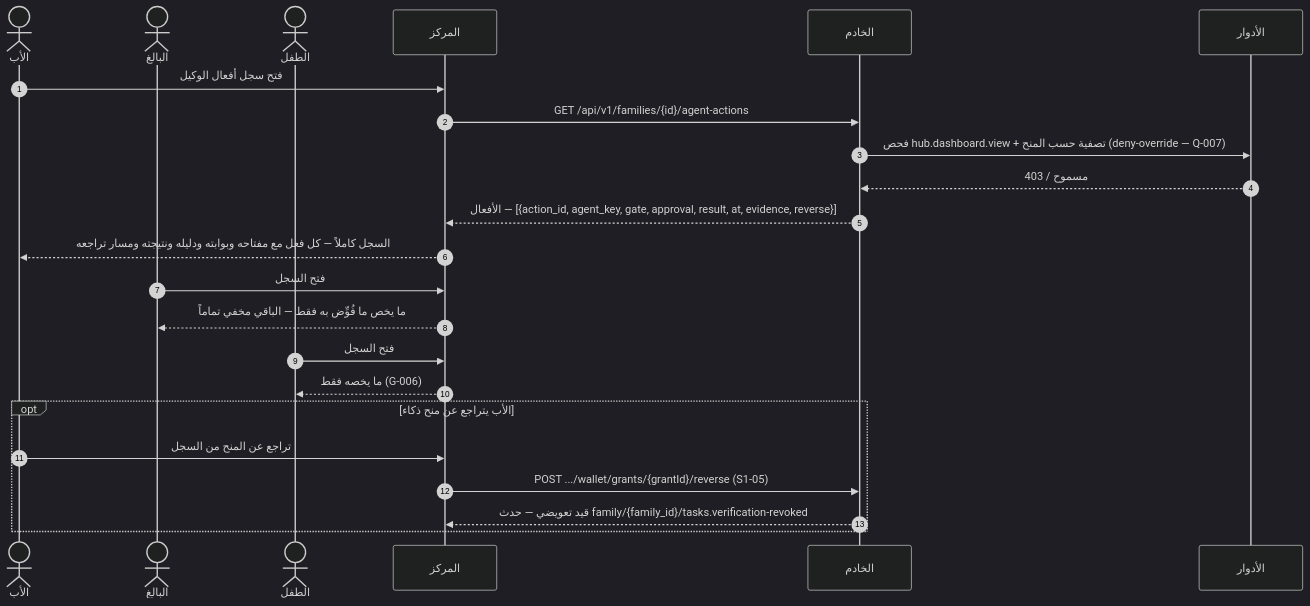
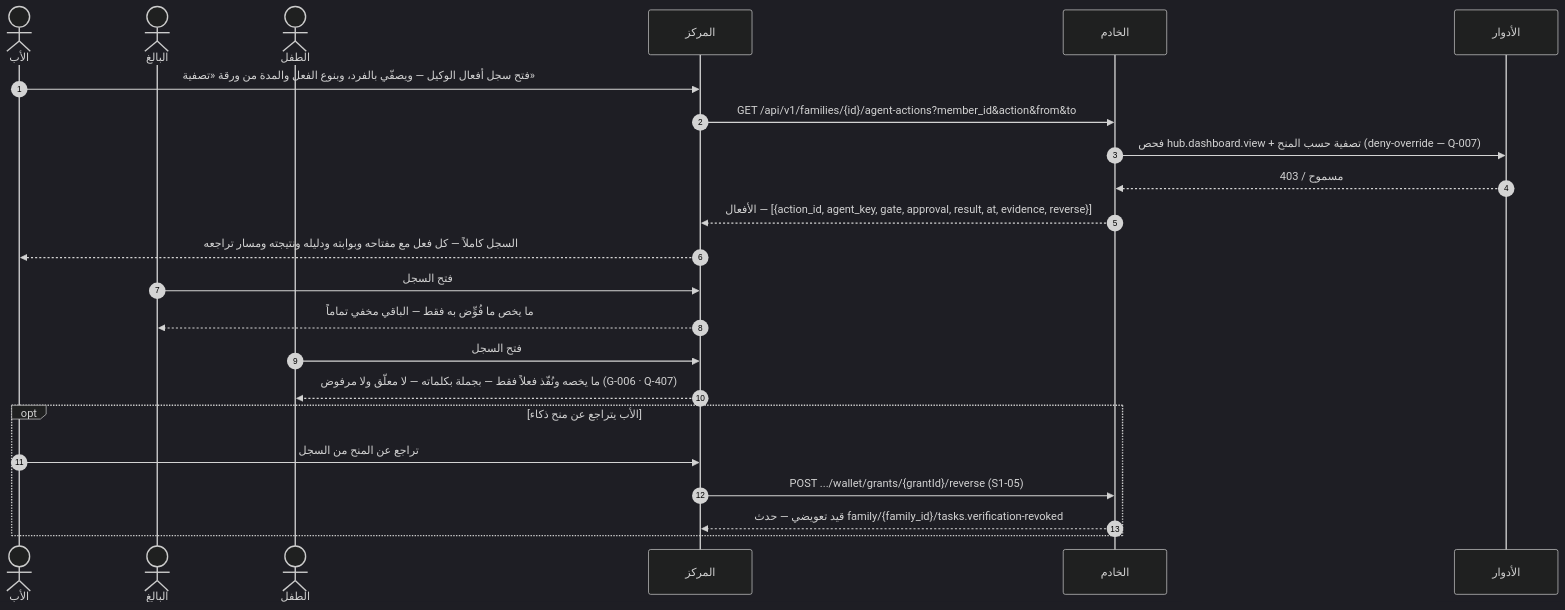
One commit to Bassam-mohammed-alqaeadi/family-os-v2 changed the ninth of 15 diagrams in docs/family-os/governance/phases/phase-1/S1-09-command-center-and-settings/DIAGRAMS.md. Above: the diagram before and after it, drawn with Mermaid (dark theme). The commit also changed other lines of this file and 22 other files, not shown here.

First line of the commit message:
docs(phase-1): redraw diagrams of the ten systems on the approved design (Q-428)

````diff
--- a/docs/family-os/governance/phases/phase-1/S1-09-command-center-and-settings/DIAGRAMS.md
+++ b/docs/family-os/governance/phases/phase-1/S1-09-command-center-and-settings/DIAGRAMS.md
@@ -362,25 +375,25 @@
 ```mermaid
 sequenceDiagram
     autonumber
     actor Father as الأب
     actor Adult as البالغ
     actor Child as الطفل
     participant Hub as المركز
     participant Ktor as الخادم
     participant S103 as الأدوار
-    Father->>Hub: فتح سجل أفعال الوكيل
-    Hub->>Ktor: GET /api/v1/families/{id}/agent-actions
+    Father->>Hub: فتح سجل أفعال الوكيل — ويصفّي بالفرد، وبنوع الفعل والمدة من ورقة «تصفية»
+    Hub->>Ktor: GET /api/v1/families/{id}/agent-actions?member_id&action&from&to
     Ktor->>S103: فحص hub.dashboard.view + تصفية حسب المنح (deny-override — Q-007)
     S103-->>Ktor: مسموح / 403
     Ktor-->>Hub: الأفعال — [{action_id, agent_key, gate, approval, result, at, evidence, reverse}]
     Hub-->>Father: السجل كاملاً — كل فعل مع مفتاحه وبوابته ودليله ونتيجته ومسار تراجعه
     Adult->>Hub: فتح السجل
     Hub-->>Adult: ما يخص ما فُوِّض به فقط — الباقي مخفي تماماً
     Child->>Hub: فتح السجل
-    Hub-->>Child: ما يخصه فقط (G-006)
+    Hub-->>Child: ما يخصه ونُفّذ فعلاً فقط — بجملة بكلماته — لا معلّق ولا مرفوض (G-006 · Q-407)
     opt الأب يتراجع عن منح ذكاء
         Father->>Hub: تراجع عن المنح من السجل
         Hub->>Ktor: POST .../wallet/grants/{grantId}/reverse (S1-05)
         Ktor-->>Hub: قيد تعويضي — حدث family/{family_id}/tasks.verification-revoked
     end
 ```
````
